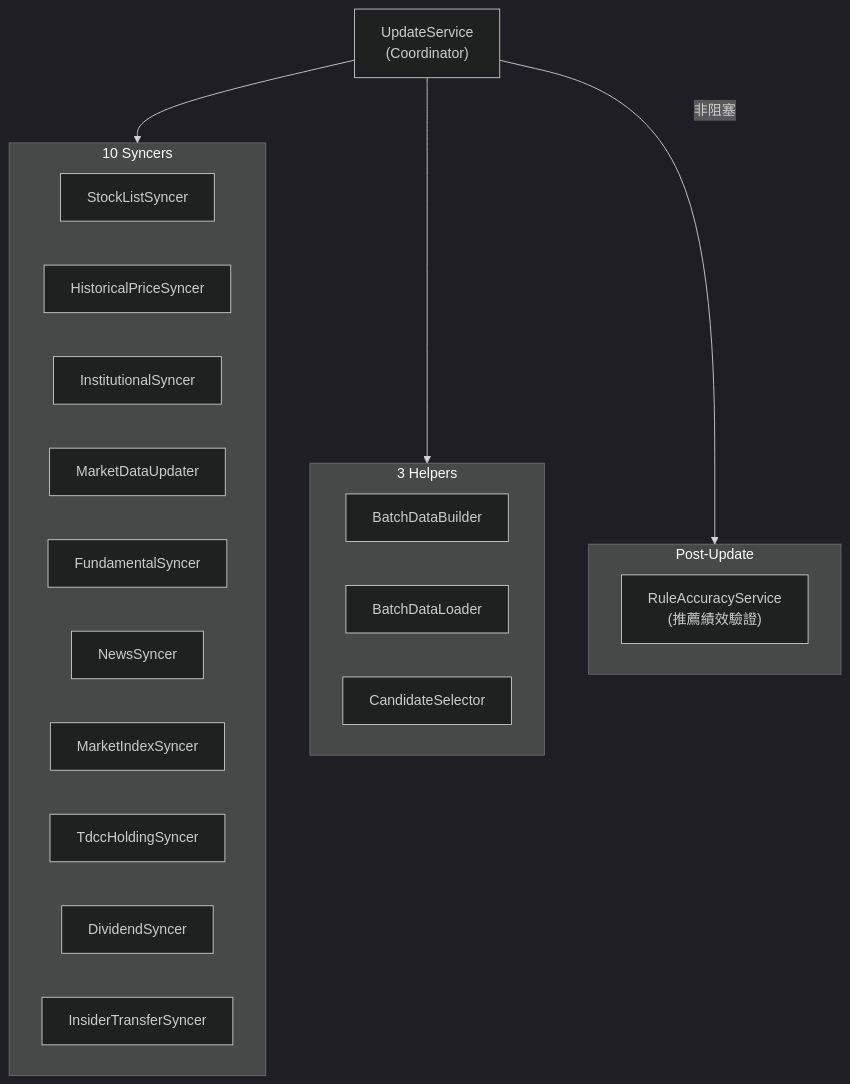
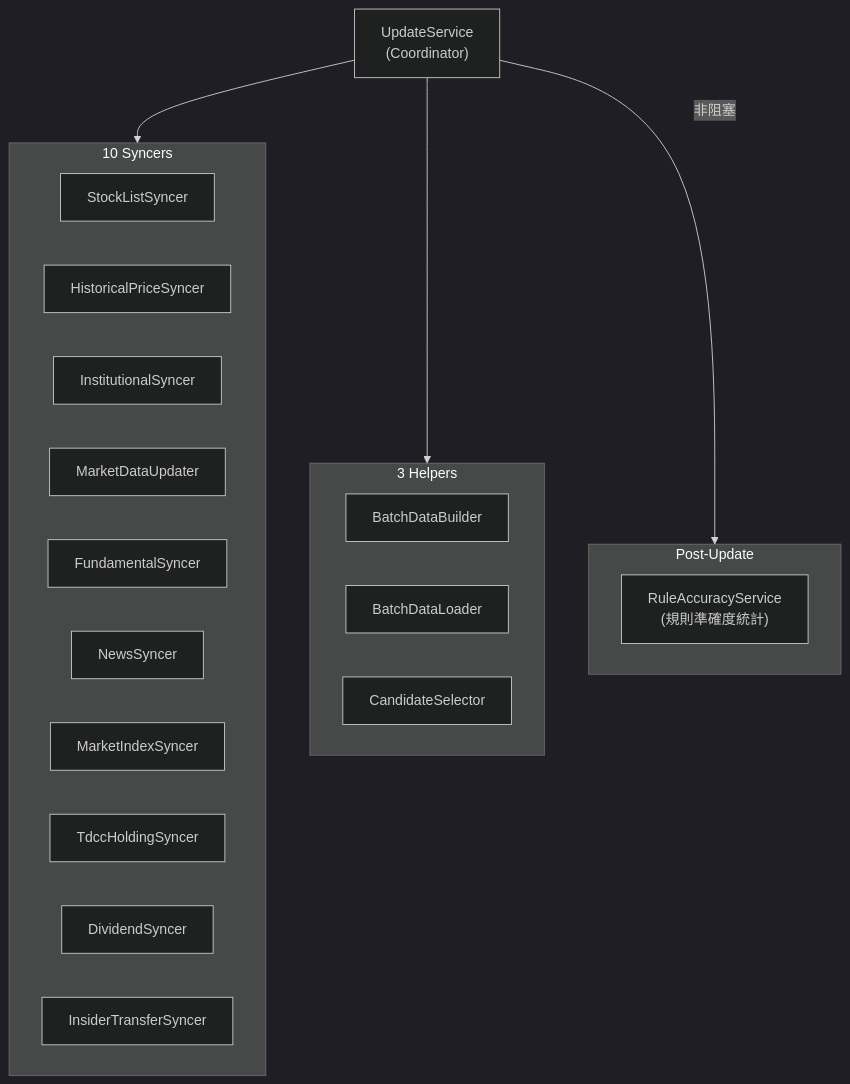
One commit to Neal75418/afterclose changed the diagram in .claude/rules/update-pipeline.md. Above: the diagram before and after it, drawn with Mermaid. The commit also changed other lines of this file and 4 other files, not shown here.

````diff
--- a/.claude/rules/update-pipeline.md
+++ b/.claude/rules/update-pipeline.md
@@ -13,32 +13,32 @@
 ```mermaid
 %%{init: {'theme': 'dark'}}%%
 graph TB
     US["UpdateService<br/>(Coordinator)"]
 
     subgraph Syncers["10 Syncers"]
         SLS["StockListSyncer"]
         HPS["HistoricalPriceSyncer"]
         IS["InstitutionalSyncer"]
         MDU["MarketDataUpdater"]
         FS["FundamentalSyncer"]
         NS["NewsSyncer"]
         MIS["MarketIndexSyncer"]
         THS["TdccHoldingSyncer"]
         DS["DividendSyncer"]
         ITS["InsiderTransferSyncer"]
     end
 
     subgraph Helpers["3 Helpers"]
         BDB["BatchDataBuilder"]
         BDL["BatchDataLoader"]
         CS["CandidateSelector"]
     end
 
     subgraph PostUpdate["Post-Update"]
-        RAS["RuleAccuracyService<br/>(推薦績效驗證)"]
+        RAS["RuleAccuracyService<br/>(規則準確度統計)"]
     end
 
     US --> Syncers
     US --> Helpers
     US -->|非阻塞| PostUpdate
 ```
````
